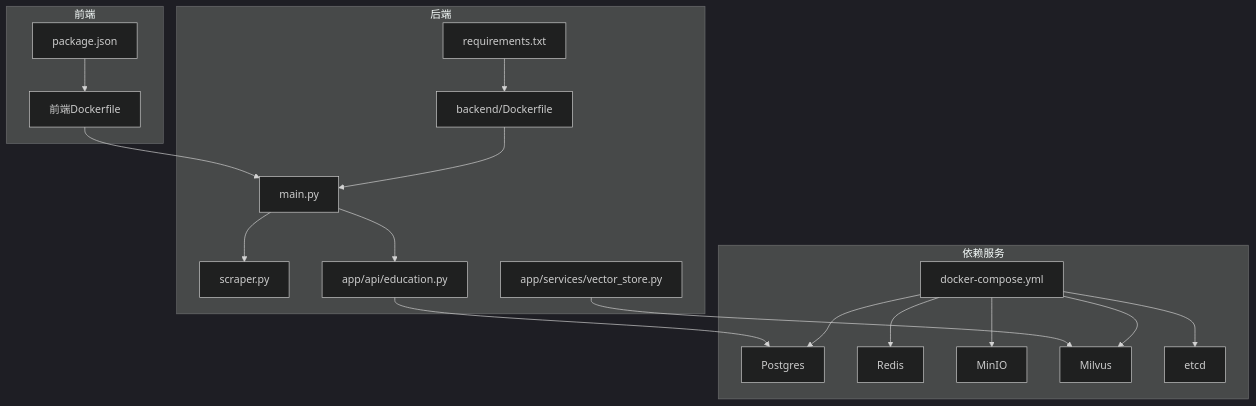
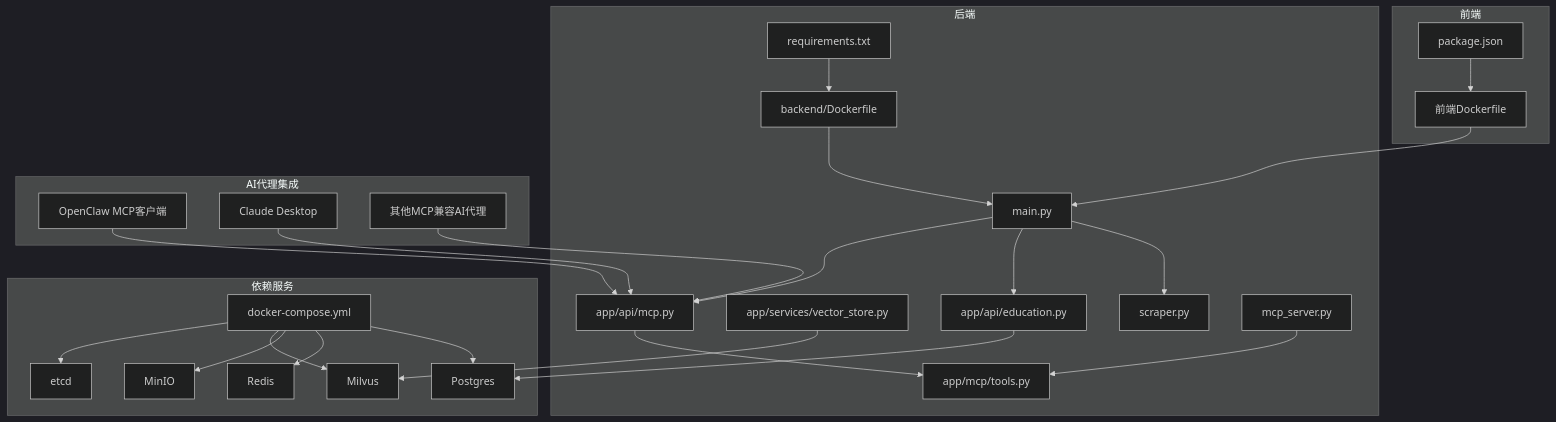
Before and after one commit to ghbbn053-ship-itsoulddog/soulddog: the first of 7 diagrams in .qoder/repowiki/zh/content/开发指南/扩展点与插件/第三方服务集成.md, drawn with Mermaid (dark theme). The commit also changed other lines of this file and 13 other files, not shown here.

````diff
--- a/.qoder/repowiki/zh/content/开发指南/扩展点与插件/第三方服务集成.md
+++ b/.qoder/repowiki/zh/content/开发指南/扩展点与插件/第三方服务集成.md
@@ -48,36 +54,50 @@
 ```mermaid
 graph TB
 subgraph "前端"
 FE_Docker["前端Dockerfile"]
 FE_Pkg["package.json"]
 end
 subgraph "后端"
 BE_Main["main.py"]
 BE_Scraper["scraper.py"]
 BE_Vector["app/services/vector_store.py"]
 BE_API["app/api/education.py"]
+BE_MCP_API["app/api/mcp.py"]
+BE_MCP_Server["mcp_server.py"]
+BE_MCP_Tools["app/mcp/tools.py"]
 BE_Docker["backend/Dockerfile"]
 BE_Req["requirements.txt"]
 end
 subgraph "依赖服务"
 DC["docker-compose.yml"]
 Postgres["Postgres"]
 Redis["Redis"]
 MinIO["MinIO"]
 Milvus["Milvus"]
 Etcd["etcd"]
 end
+subgraph "AI代理集成"
+OpenClaw["OpenClaw MCP客户端"]
+Claude["Claude Desktop"]
+Agent["其他MCP兼容AI代理"]
+end
 FE_Docker --> BE_Main
 FE_Pkg --> FE_Docker
 BE_Main --> BE_Scraper
 BE_Main --> BE_API
+BE_Main --> BE_MCP_API
+BE_MCP_API --> BE_MCP_Tools
+BE_MCP_Server --> BE_MCP_Tools
 BE_Vector --> Milvus
 BE_API --> Postgres
 BE_Docker --> BE_Main
 BE_Req --> BE_Docker
 DC --> Postgres
 DC --> Redis
 DC --> MinIO
 DC --> Milvus
 DC --> Etcd
+OpenClaw --> BE_MCP_API
+Claude --> BE_MCP_API
+Agent --> BE_MCP_API
 ```
````
